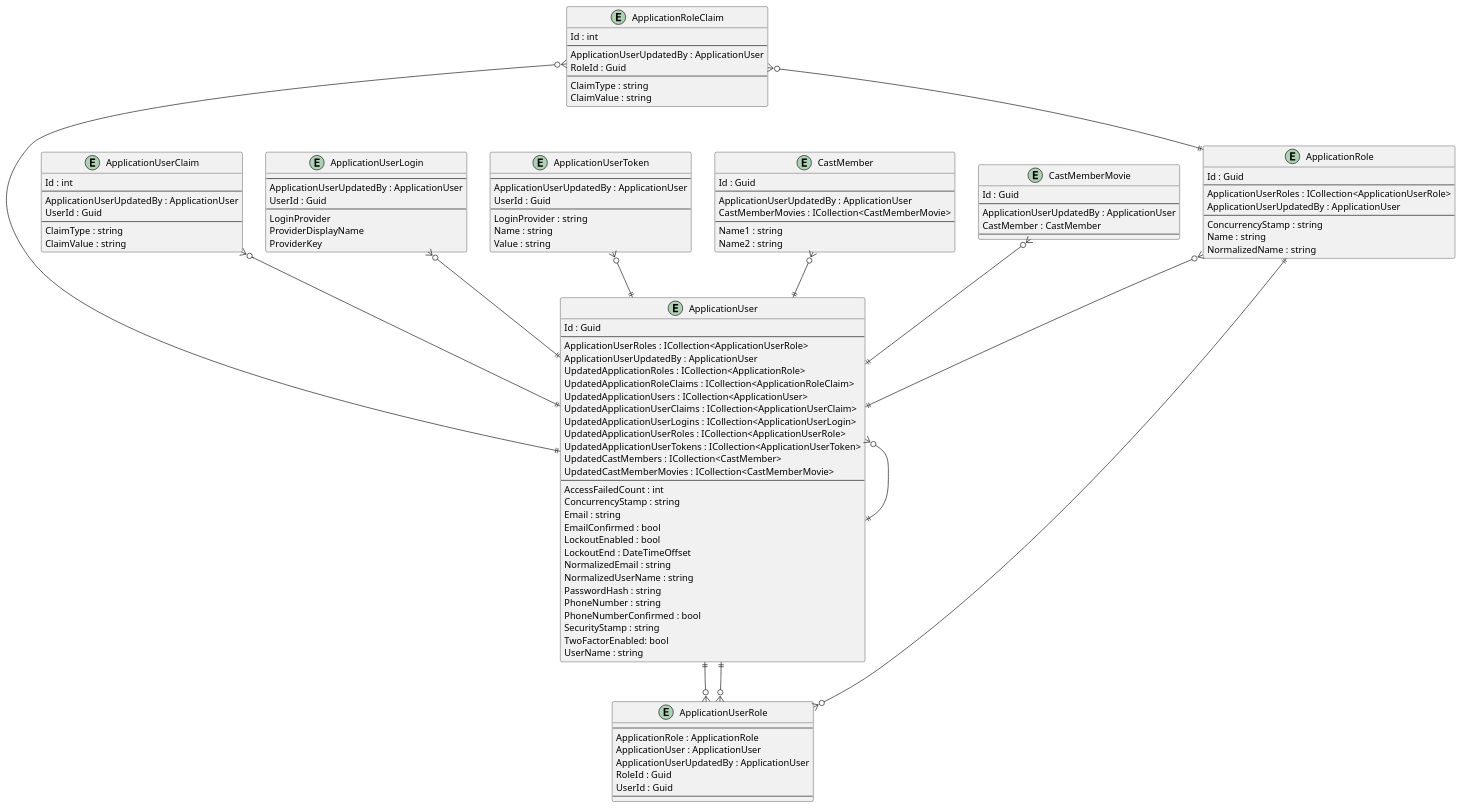
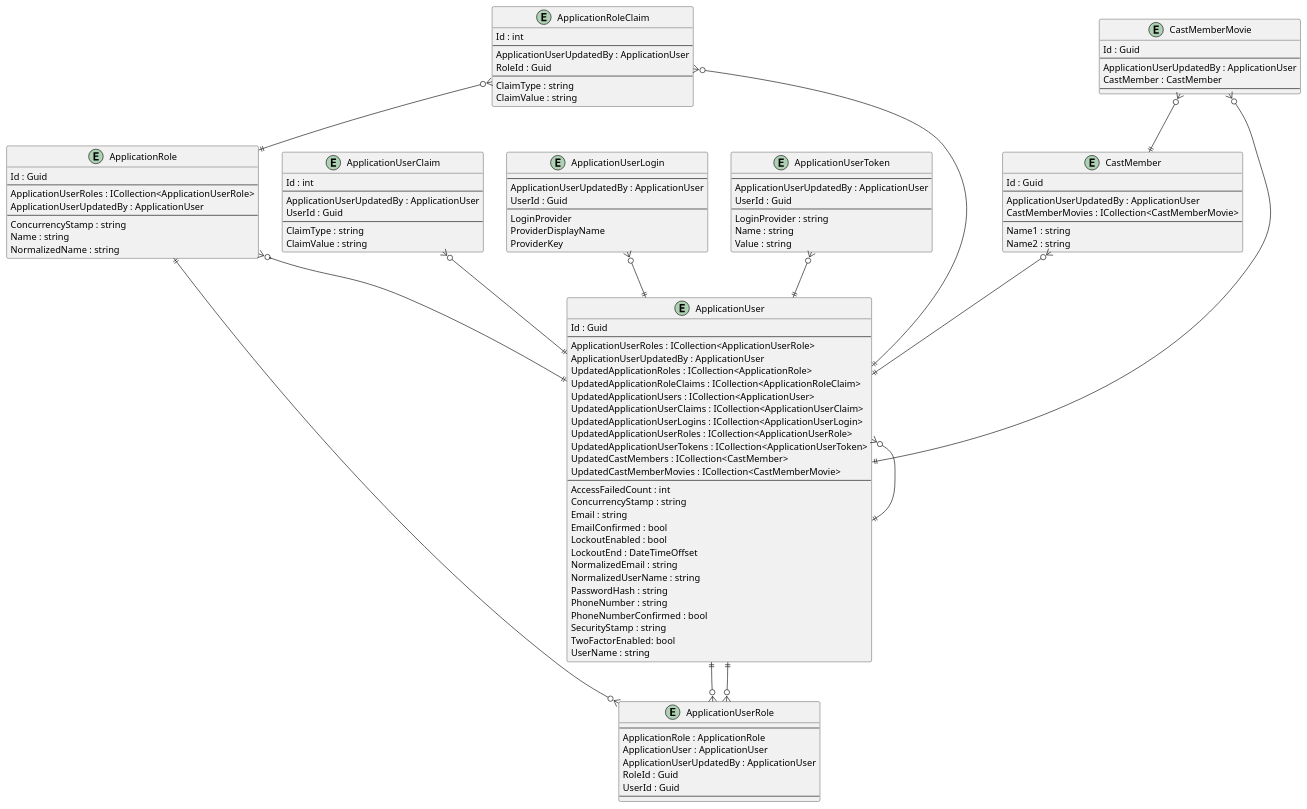
One commit to intrepion/BlazorWebAppMovies changed the diagram in .docs/BlazorWebAppMovies.pu. Above: the diagram before and after it, drawn with PlantUML.

```diff
--- a/.docs/BlazorWebAppMovies.pu
+++ b/.docs/BlazorWebAppMovies.pu
@@ -1,135 +1,136 @@
 @startuml
 
 entity ApplicationRole {
     Id : Guid
     --
     ApplicationUserRoles : ICollection<ApplicationUserRole>
     ApplicationUserUpdatedBy : ApplicationUser
     --
     ConcurrencyStamp : string
     Name : string
     NormalizedName : string
 }
 
 entity ApplicationRoleClaim {
     Id : int
     --
     ApplicationUserUpdatedBy : ApplicationUser
     RoleId : Guid
     --
     ClaimType : string
     ClaimValue : string
 }
 
 entity ApplicationUser {
     Id : Guid
     --
     ApplicationUserRoles : ICollection<ApplicationUserRole>
     ApplicationUserUpdatedBy : ApplicationUser
     UpdatedApplicationRoles : ICollection<ApplicationRole>
     UpdatedApplicationRoleClaims : ICollection<ApplicationRoleClaim>
     UpdatedApplicationUsers : ICollection<ApplicationUser>
     UpdatedApplicationUserClaims : ICollection<ApplicationUserClaim>
     UpdatedApplicationUserLogins : ICollection<ApplicationUserLogin>
     UpdatedApplicationUserRoles : ICollection<ApplicationUserRole>
     UpdatedApplicationUserTokens : ICollection<ApplicationUserToken>
     UpdatedCastMembers : ICollection<CastMember>
     UpdatedCastMemberMovies : ICollection<CastMemberMovie>
     ' ApplicationUserKeyCodePlaceholder
     --
     AccessFailedCount : int
     ConcurrencyStamp : string
     Email : string
     EmailConfirmed : bool
     LockoutEnabled : bool
     LockoutEnd : DateTimeOffset
     NormalizedEmail : string
     NormalizedUserName : string
     PasswordHash : string
     PhoneNumber : string
     PhoneNumberConfirmed : bool
     SecurityStamp : string
     TwoFactorEnabled: bool
     UserName : string
 }
 
 entity ApplicationUserClaim {
     Id : int
     --
     ApplicationUserUpdatedBy : ApplicationUser
     UserId : Guid
     --
     ClaimType : string
     ClaimValue : string
 }
 
 entity ApplicationUserLogin {
     --
     ApplicationUserUpdatedBy : ApplicationUser
     UserId : Guid
     --
     LoginProvider
     ProviderDisplayName
     ProviderKey
 }
 
 entity ApplicationUserRole {
     --
     ApplicationRole : ApplicationRole
     ApplicationUser : ApplicationUser
     ApplicationUserUpdatedBy : ApplicationUser
     RoleId : Guid
     UserId : Guid
     --
 }
 
 entity ApplicationUserToken {
     --
     ApplicationUserUpdatedBy : ApplicationUser
     UserId : Guid
     --
     LoginProvider : string
     Name : string
     Value : string
 }
 
 entity CastMember {
     Id : Guid
     --
     ApplicationUserUpdatedBy : ApplicationUser
     CastMemberMovies : ICollection<CastMemberMovie>
     ' CastMemberKeyCodePlaceholder
     --
     Name1 : string
     Name2 : string
     ' CastMemberPropertyCodePlaceholder
 }
 
 entity CastMemberMovie {
     Id : Guid
     --
     ApplicationUserUpdatedBy : ApplicationUser
     CastMember : CastMember
     ' CastMemberMovieKeyCodePlaceholder
     --
     ' CastMemberMoviePropertyCodePlaceholder
 }
 
 ' EntityCodePlaceholder
 
 ApplicationRole ||--o{ ApplicationUserRole
 ApplicationRole }o--|| ApplicationUser
 ApplicationRoleClaim }o--|| ApplicationRole
 ApplicationRoleClaim }o--|| ApplicationUser
 ApplicationUser }o--|| ApplicationUser
 ApplicationUser ||--o{ ApplicationUserRole
 ApplicationUserClaim }o--|| ApplicationUser
 ApplicationUserLogin }o--|| ApplicationUser
 ApplicationUserRole }o--|| ApplicationUser
 ApplicationUserToken }o--|| ApplicationUser
 
 CastMember }o--|| ApplicationUser
 CastMemberMovie }o--|| ApplicationUser
+CastMemberMovie }o--|| CastMember
 ' RelationshipCodePlaceholder
 
 @enduml
```
